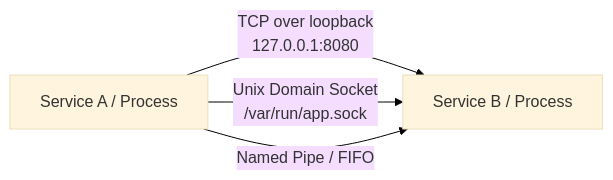
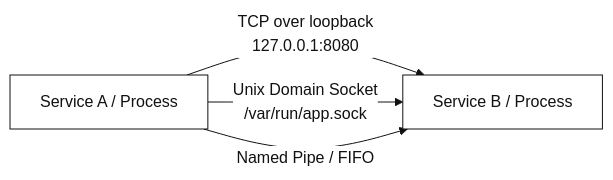
One commit to hananather/system-design changed the fifth of 5 diagrams in sockets.md. Above: the diagram before and after it, drawn with Mermaid. The commit also changed other lines of this file, not shown here.

Commit message:
Force white backgrounds and node fills, add diagram padding and disable max-width scaling to prevent label cutoff; ensure Service A/B nodes render fully

````diff
--- a/sockets.md
+++ b/sockets.md
@@ -85,10 +135,22 @@
 ```mermaid
-%%{init: {'theme': 'base', 'themeVariables': { 'background': '#ffffff', 'fontFamily': 'Inter, ui-sans-serif, system-ui' }}}%%
+%%{init: {
+  'theme': 'base',
+  'themeVariables': {
+    'background': '#ffffff',
+    'primaryColor': '#ffffff',
+    'primaryTextColor': '#111111',
+    'primaryBorderColor': '#111111',
+    'lineColor': '#111111',
+    'edgeLabelBackground': '#ffffff',
+    'fontFamily': 'Inter, ui-sans-serif, system-ui'
+  },
+  'flowchart': { 'useMaxWidth': false, 'diagramPadding': 28, 'htmlLabels': true }
+}}%%
 flowchart LR
-  A[Service A / Process]
-  B[Service B / Process]
+  A["Service A / Process"]
+  B["Service B / Process"]
 
   A -- "TCP over loopback<br/>127.0.0.1:8080" --> B
   A -- "Unix Domain Socket<br/>/var/run/app.sock" --> B
   A -- "Named Pipe / FIFO" --> B
 ```
````
